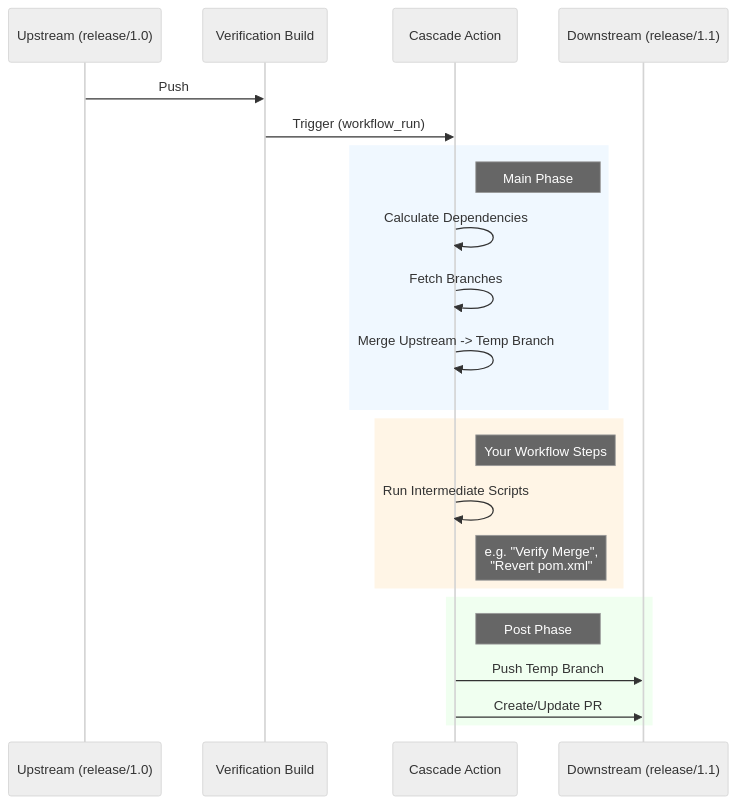
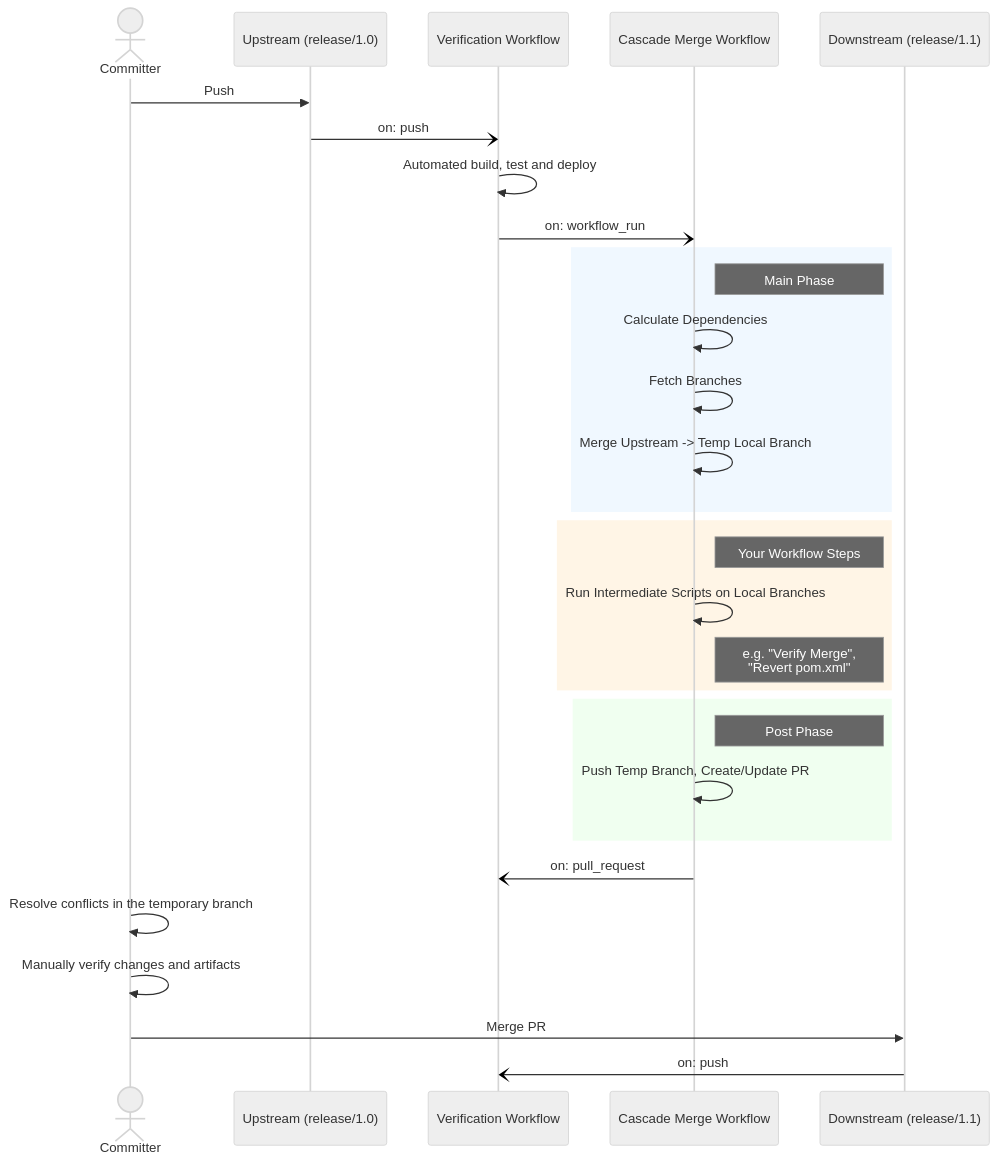
The diagram in README.md (basilevs/cascade-merge), drawn with Mermaid (neutral theme) before and after one commit.

````diff
--- a/README.md
+++ b/README.md
@@ -20,30 +20,37 @@
 ```mermaid
 sequenceDiagram
+    actor C as Committer
     participant U as Upstream (release/1.0)
-    participant GH as Verification Build
-    participant A as Cascade Action
+    participant GH as Verification Workflow
+    participant A as Cascade Merge Workflow
     participant D as Downstream (release/1.1)
 
-    U->>GH: Push
-    GH->>A: Trigger (workflow_run)
+    C->>U: Push
+    U-)GH: on: push
+    GH->>GH: Automated build, test and deploy
+    GH-)A: on: workflow_run
     
     rect rgb(240, 248, 255)
         note right of A: Main Phase
         A->>A: Calculate Dependencies
         A->>A: Fetch Branches
-        A->>A: Merge Upstream -> Temp Branch
+        A->>A: Merge Upstream -> Temp Local Branch
     end
     
     rect rgb(255, 245, 230)
         note right of A: Your Workflow Steps
-        A->>A: Run Intermediate Scripts
+        A->>A: Run Intermediate Scripts on Local Branches
         note right of A: e.g. "Verify Merge",<br/>"Revert pom.xml"
     end
     
     rect rgb(240, 255, 240)
         note right of A: Post Phase
-        A->>D: Push Temp Branch
-        A->>D: Create/Update PR
+        A->>A: Push Temp Branch, Create/Update PR
     end
-
+    A-)GH: on: pull_request
+    
+    C->>C: Resolve conflicts in the temporary branch
+    C->>C: Manually verify changes and artifacts
+    C->>D: Merge PR
+    D-)GH: on: push
 ```
````
